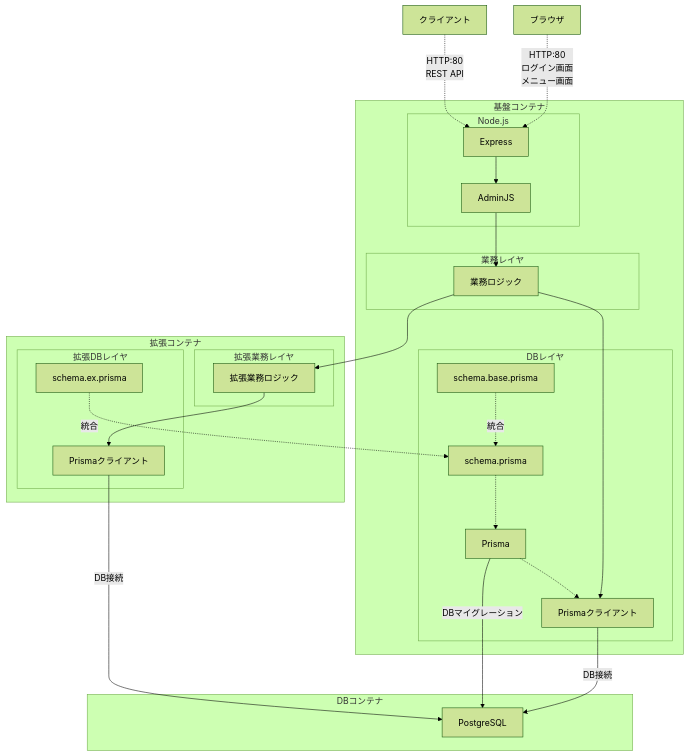
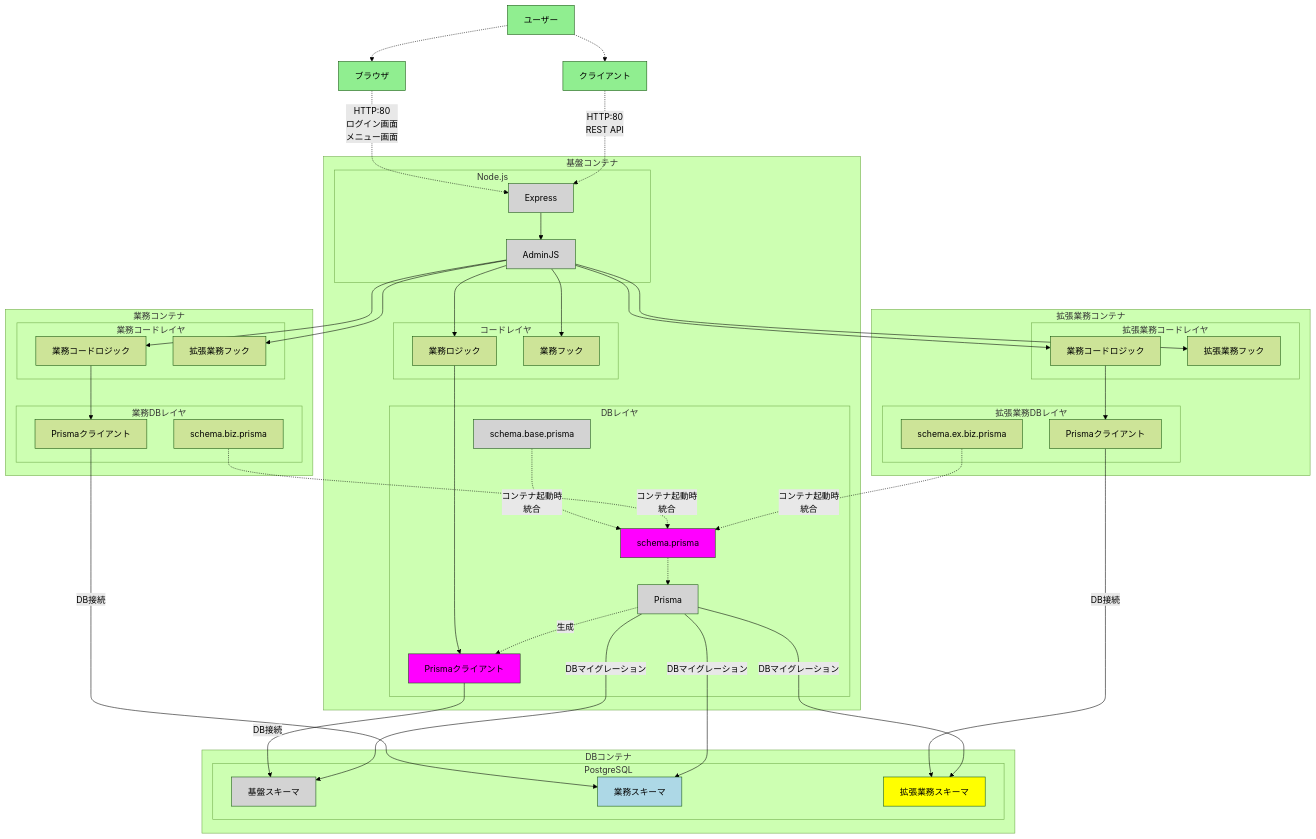
Before and after one commit to taizod1024/astack: the diagram in docs/components.md, drawn with Mermaid (forest theme). The commit also changed 24 other files, not shown here.

First line of the commit message:
feat: add initial Prisma schema and generated client files

````diff
--- a/docs/components.md
+++ b/docs/components.md
@@ -3,46 +3,86 @@
 ```mermaid
 graph TD
+    US[ユーザー]
     CL1[ブラウザ]
     CL2[クライアント]
-    CL1 -.-> |HTTP:80<br>ログイン画面<br>メニュー画面| EX
-    CL2 -.-> |HTTP:80<br>REST API| EX
+    style US fill:lightgreen
+    style CL1 fill:lightgreen
+    style CL2 fill:lightgreen
+    US -.-> CL1
+    US -.-> CL2
+    CL1 -.-> |HTTP:80<br>ログイン画面<br>メニュー画面| ND
+    CL2 -.-> |HTTP:80<br>REST API| ND
     subgraph 基盤コンテナ
-        EX[Express]
+        ND[Express]
+        style ND fill:lightgray
         AJ[AdminJS]
+        style AJ fill:lightgray
         subgraph Node.js
-            EX --> AJ
+            ND --> AJ
         end
-        subgraph 業務レイヤ
-            BZ[業務ロジック]
-            AJ --> BZ
+        subgraph コードレイヤ
+            CD.APP[業務ロジック]
+            CD.HOOK[業務フック]
+            AJ --> CD.APP
+            AJ --> CD.HOOK
         end
         subgraph DBレイヤ
             PR.CL[Prismaクライアント]
+            style PR.CL fill:magenta
             PR[Prisma]
+            style PR fill:lightgray
             PR.BS.SC[schema.base.prisma]
+            style PR.BS.SC fill:lightgray
             PR.SC[schema.prisma]
-            BZ --> PR.CL
-            PR -.-> PR.CL
-            PR.BS.SC -.-> |統合| PR.SC
+            style PR.SC fill:magenta
+            CD.APP --> PR.CL
+            PR -.-> |生成| PR.CL
+            PR.BS.SC -.-> |コンテナ起動時<br>統合| PR.SC
             PR.SC -.-> PR
         end
     end
     subgraph DBコンテナ
-        PO[PostgreSQL]
+        subgraph PostgreSQL
+            PO[基盤スキーマ]
+            BZ.PO[業務スキーマ]
+            EX.BZ.PO[拡張業務スキーマ]
+            style PO fill:lightgray
+            style BZ.PO fill:lightblue
+            style EX.BZ.PO fill:yellow
+        end
         PR.CL --> |DB接続| PO
         PR --> |DBマイグレーション| PO
     end
-    subgraph 拡張コンテナ
-        subgraph 拡張業務レイヤ
-            EX.BZ[拡張業務ロジック]
+    subgraph 業務コンテナ
+        subgraph 業務コードレイヤ
+            BZ.CD.APP[業務コードロジック]
+            BZ.CD.HOOK[拡張業務フック]
         end
-        subgraph 拡張DBレイヤ
-            EX.PR.SC[schema.ex.prisma]
-            EX.PR.CL[Prismaクライアント]
+        subgraph 業務DBレイヤ
+            BZ.PR.SC[schema.biz.prisma]
+            BZ.PR.CL[Prismaクライアント]
         end
-        BZ --> EX.BZ
-        EX.BZ --> EX.PR.CL
-        EX.PR.SC -.-> |統合| PR.SC
-        EX.PR.CL --> |DB接続| PO
+        AJ --> BZ.CD.APP
+        AJ --> BZ.CD.HOOK
+        BZ.CD.APP --> BZ.PR.CL
+        BZ.PR.SC -.-> |コンテナ起動時<br>統合| PR.SC
+        BZ.PR.CL --> |DB接続| BZ.PO
+        PR --> |DBマイグレーション| BZ.PO
+    end
+    subgraph 拡張業務コンテナ
+        subgraph 拡張業務コードレイヤ
+            EX.BZ.CD.APP[業務コードロジック]
+            EX.BZ.CD.HOOK[拡張業務フック]
+        end
+        subgraph 拡張業務DBレイヤ
+            EX.BZ.PR.SC[schema.ex.biz.prisma]
+            EX.BZ.PR.CL[Prismaクライアント]
+        end
+        AJ --> EX.BZ.CD.APP
+        AJ --> EX.BZ.CD.HOOK
+        EX.BZ.CD.APP --> EX.BZ.PR.CL
+        EX.BZ.PR.SC -.-> |コンテナ起動時<br>統合| PR.SC
+        EX.BZ.PR.CL --> |DB接続| EX.BZ.PO
+        PR --> |DBマイグレーション| EX.BZ.PO
     end
 ```
````
